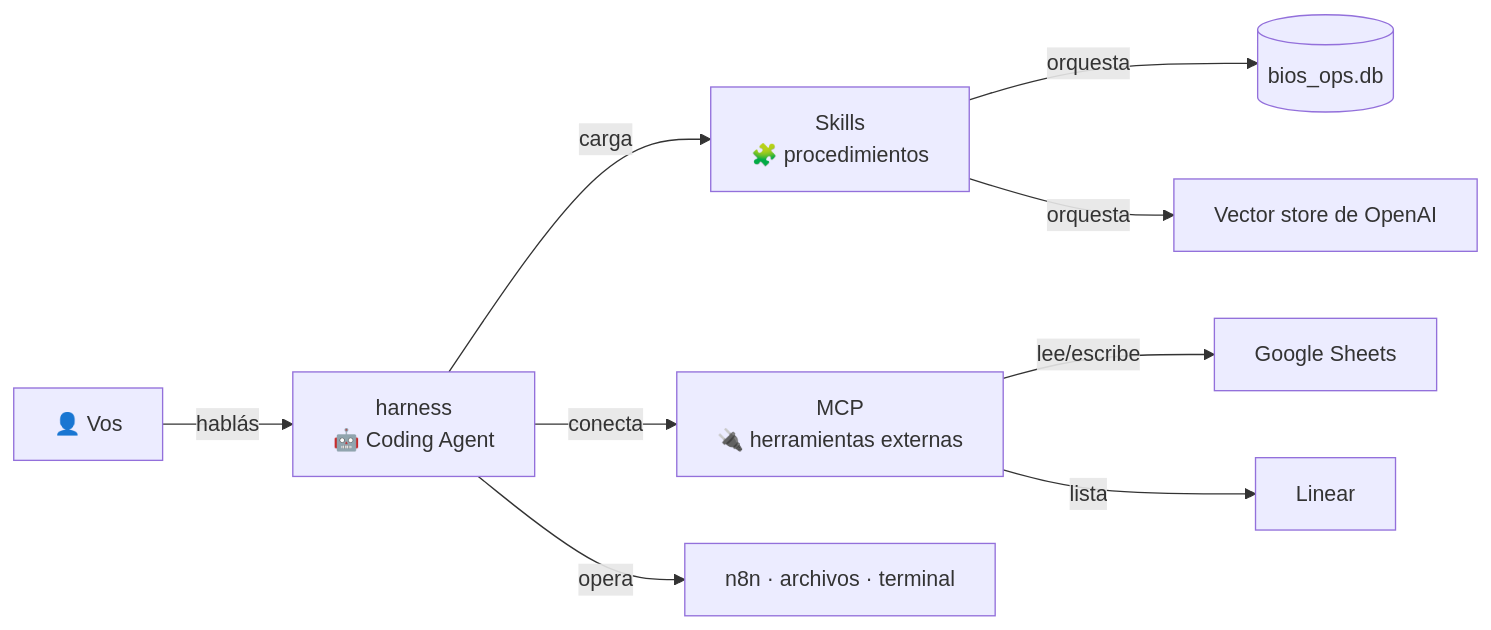
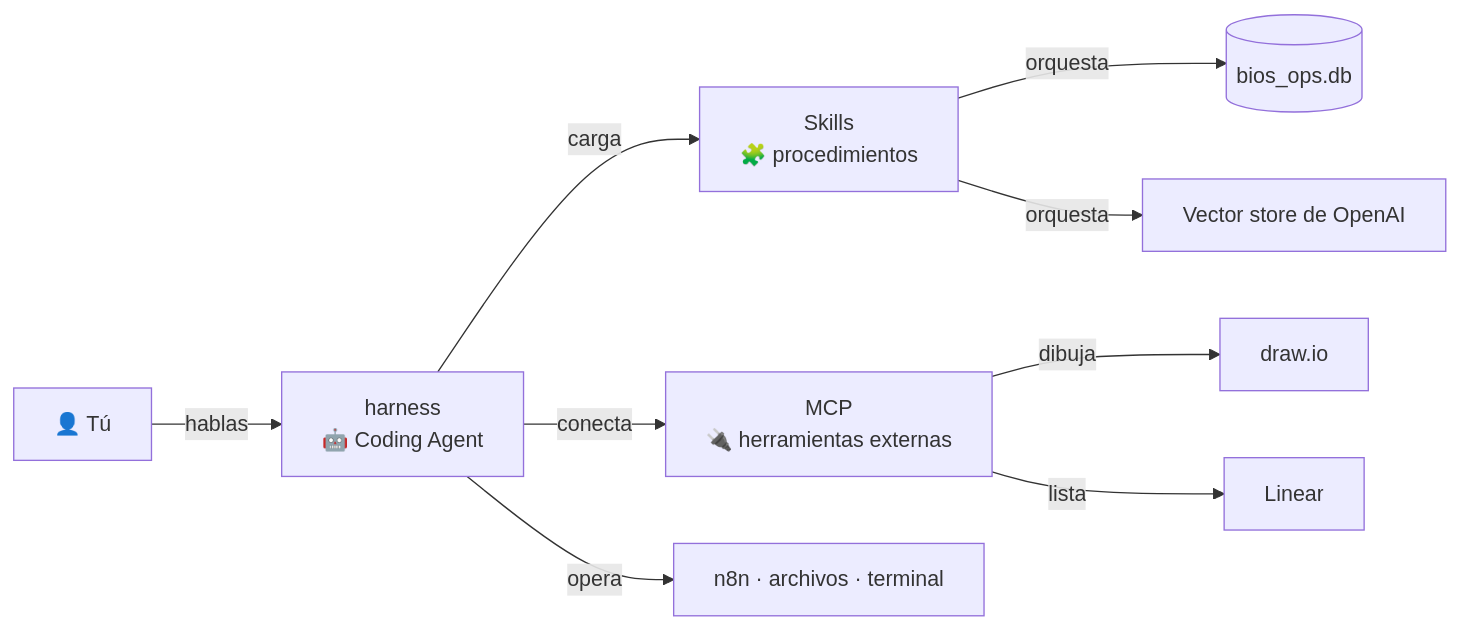
Before and after one commit to agenxai/Formacion-GrupoBios: the fifth of 5 diagrams in clase4-harness-skills-mcp/Notas de Clase 4 - Harness, Skills y MCP.md, drawn with Mermaid. The commit also changed other lines of this file and 4 other files, not shown here.

````diff
--- a/clase4-harness-skills-mcp/Notas de Clase 4 - Harness, Skills y MCP.md
+++ b/clase4-harness-skills-mcp/Notas de Clase 4 - Harness, Skills y MCP.md
@@ -829,11 +877,11 @@
 ```mermaid
 flowchart LR
-    U[👤 Vos] -->|hablás| H[harness<br/>🤖 Coding Agent]
+    U[👤 Tú] -->|hablas| H[harness<br/>🤖 Coding Agent]
     H -->|carga| S[Skills<br/>🧩 procedimientos]
     H -->|conecta| M[MCP<br/>🔌 herramientas externas]
     H -->|opera| N[n8n · archivos · terminal]
     S -->|orquesta| DB[(bios_ops.db)]
     S -->|orquesta| RAG[Vector store de OpenAI]
-    M -->|lee/escribe| SH[Google Sheets]
+    M -->|dibuja| DIA[draw.io]
     M -->|lista| LIN[Linear]
 ```
````
